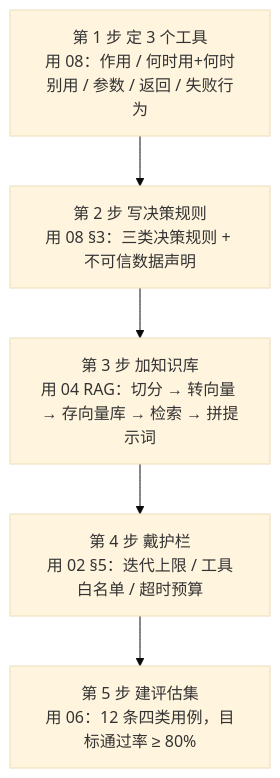
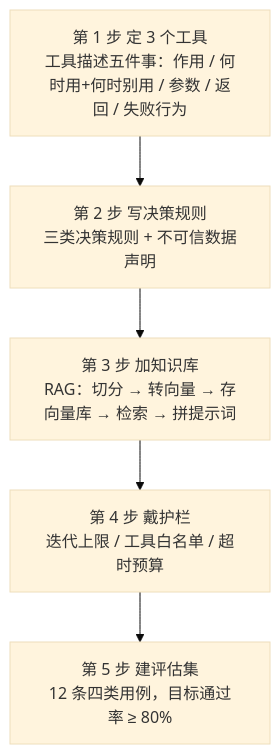
Before and after one commit to UranusGit/java-agent-learn: the second of 3 diagrams in docs/附录/Agent与提示词工程专题/09-练手项目.md, drawn with Mermaid (base theme). The commit also changed other lines of this file and 184 other files, not shown here.

````diff
--- a/docs/附录/Agent与提示词工程专题/09-练手项目.md
+++ b/docs/附录/Agent与提示词工程专题/09-练手项目.md
@@ -130,7 +130,7 @@
 ```mermaid
 flowchart TD
-    P1["第 1 步 定 3 个工具<br/>用 08：作用 / 何时用+何时别用 / 参数 / 返回 / 失败行为"] --> P2["第 2 步 写决策规则<br/>用 08 §3：三类决策规则 + 不可信数据声明"]
-    P2 --> P3["第 3 步 加知识库<br/>用 04 RAG：切分 → 转向量 → 存向量库 → 检索 → 拼提示词"]
-    P3 --> P4["第 4 步 戴护栏<br/>用 02 §5：迭代上限 / 工具白名单 / 超时预算"]
-    P4 --> P5["第 5 步 建评估集<br/>用 06：12 条四类用例，目标通过率 ≥ 80%"]
+    P1["第 1 步 定 3 个工具<br/>工具描述五件事：作用 / 何时用+何时别用 / 参数 / 返回 / 失败行为"] --> P2["第 2 步 写决策规则<br/>三类决策规则 + 不可信数据声明"]
+    P2 --> P3["第 3 步 加知识库<br/>RAG：切分 → 转向量 → 存向量库 → 检索 → 拼提示词"]
+    P3 --> P4["第 4 步 戴护栏<br/>迭代上限 / 工具白名单 / 超时预算"]
+    P4 --> P5["第 5 步 建评估集<br/>12 条四类用例，目标通过率 ≥ 80%"]
 ```
````
